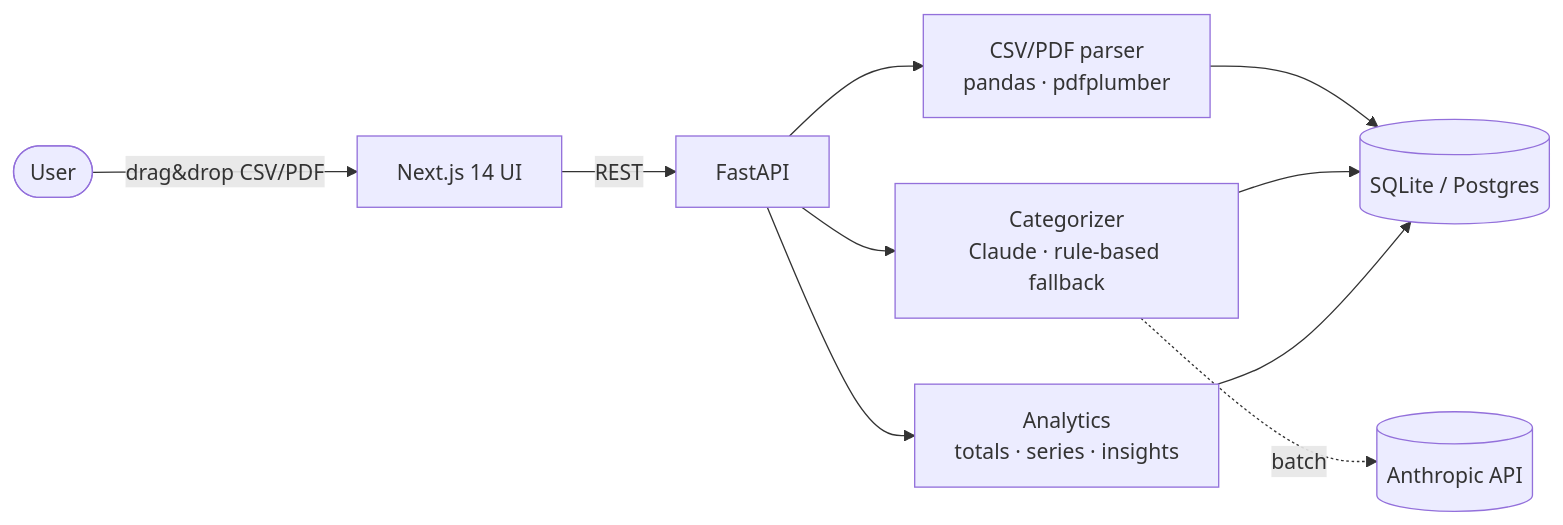
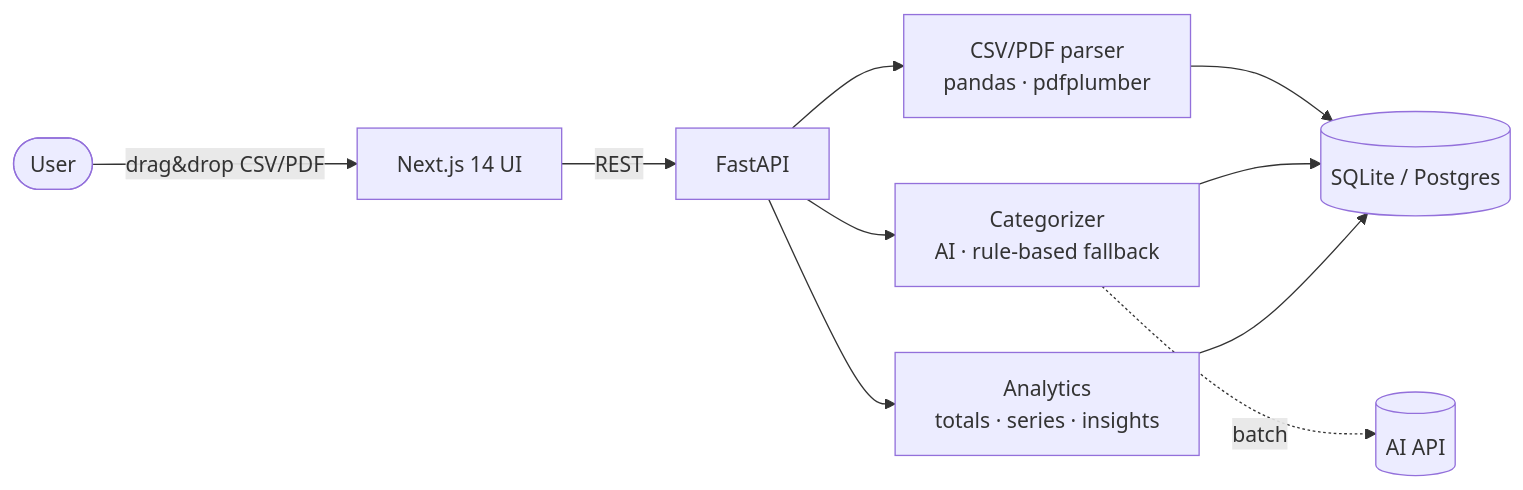
The diagram in README.md (Rudyketion/SpendLens), drawn with Mermaid before and after one commit. The commit also changed other lines of this file and 5 other files, not shown here.

````diff
--- a/README.md
+++ b/README.md
@@ -11,12 +79,12 @@
 ```mermaid
 flowchart LR
     User([User]) -->|drag&drop CSV/PDF| UI[Next.js 14 UI]
     UI -->|REST| API[FastAPI]
     API --> Parser[CSV/PDF parser<br/>pandas · pdfplumber]
-    API --> Cat[Categorizer<br/>Claude · rule-based fallback]
+    API --> Cat[Categorizer<br/>AI · rule-based fallback]
     API --> Analytics[Analytics<br/>totals · series · insights]
     Parser --> DB[(SQLite / Postgres)]
     Cat --> DB
     Analytics --> DB
-    Cat -.batch.-> Claude[(Anthropic API)]
+    Cat -.batch.-> LLM[(AI API)]
 ```
````
